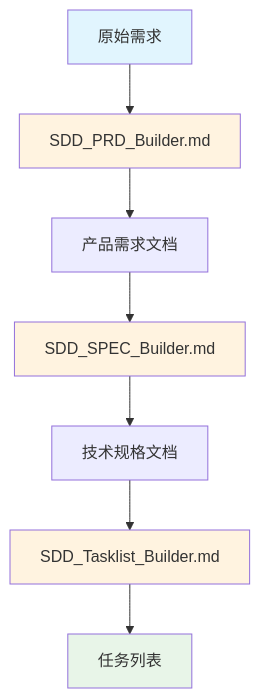
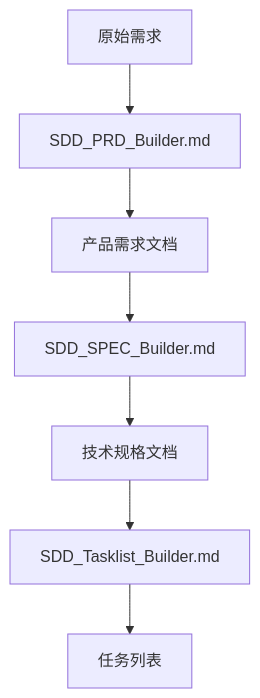
The diagram in README.md (Coldplay-now/SDD-Agent-Prompt), drawn with Mermaid before and after one commit. The commit also changed other lines of this file and 3 other files, not shown here.

First line of the commit message:
添加界面截图和更新README图片链接

````diff
--- a/README.md
+++ b/README.md
@@ -38,15 +38,10 @@
 ```mermaid
 graph TD
     A[原始需求] --> B[SDD_PRD_Builder.md]
     B --> C[产品需求文档]
     C --> D[SDD_SPEC_Builder.md]
     D --> E[技术规格文档]
     E --> F[SDD_Tasklist_Builder.md]
     F --> G[任务列表]
     
-    style A fill:#e1f5fe
-    style G fill:#e8f5e8
-    style B fill:#fff3e0
-    style D fill:#fff3e0
-    style F fill:#fff3e0
 ```
````
